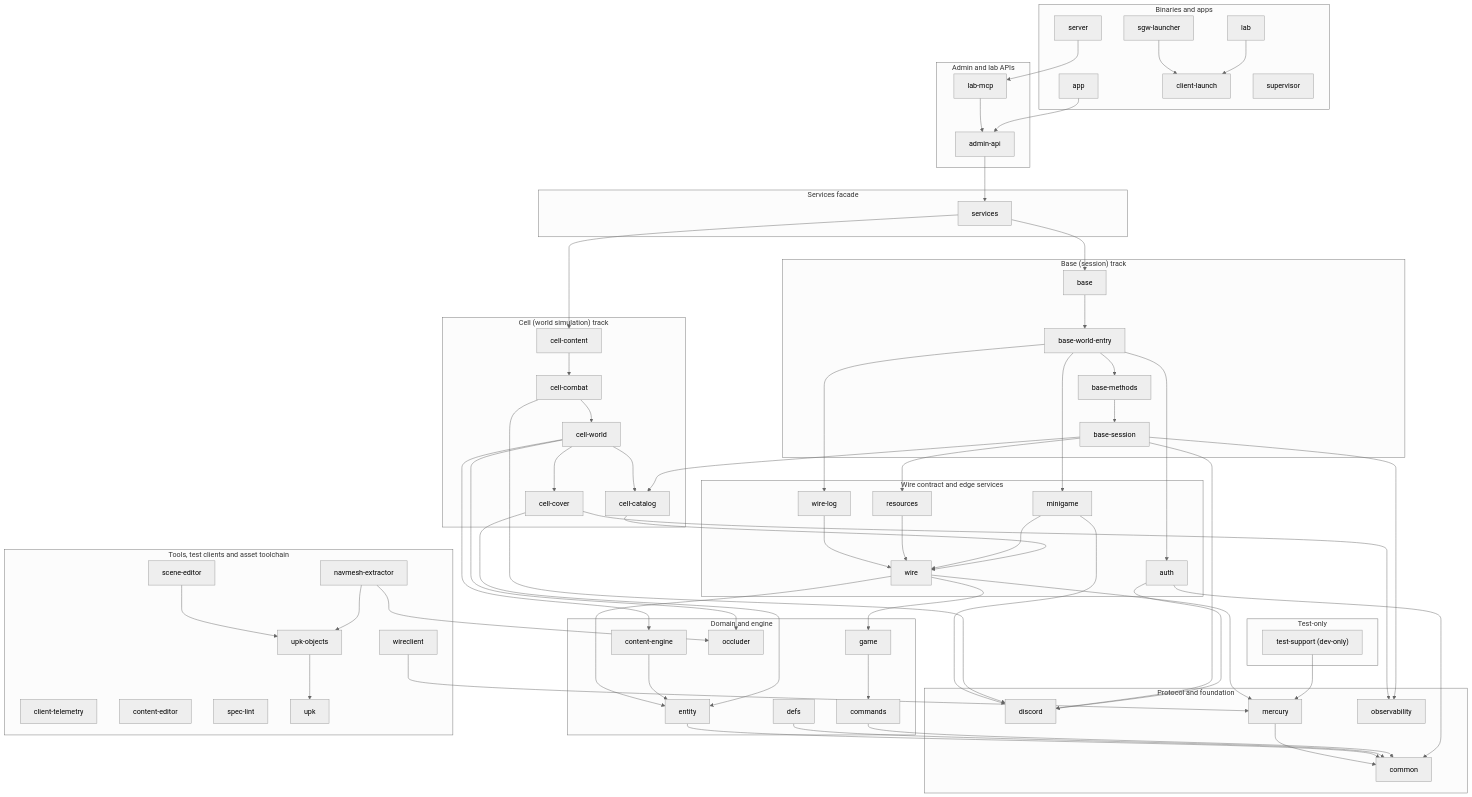
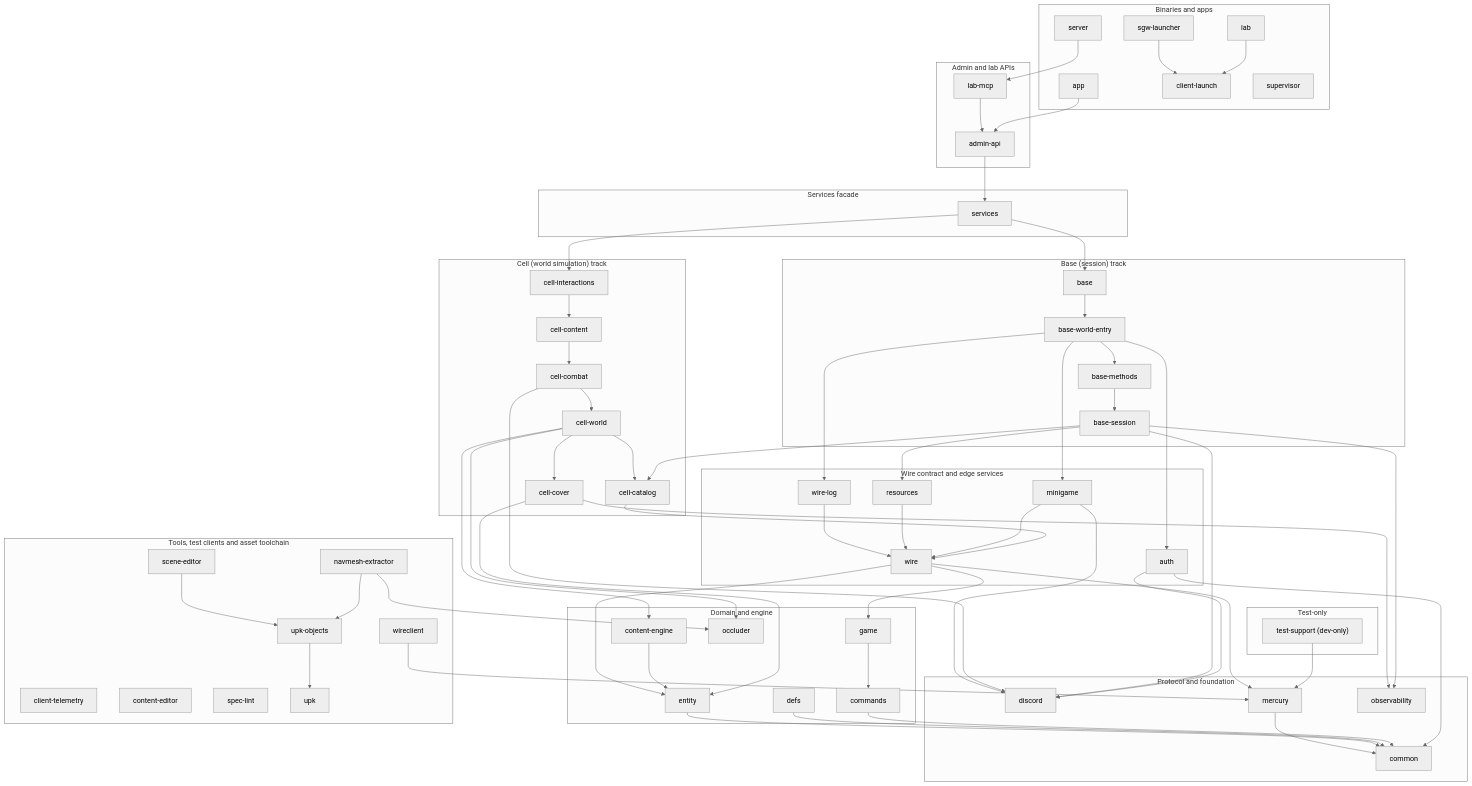
The diagram in README.md (SandboxServers/Cimmeria), drawn with Mermaid before and after one commit. The commit also changed other lines of this file and 57 other files, not shown here.

```diff
--- a/README.md
+++ b/README.md
@@ -118,6 +118,7 @@
         cellCombat["cell-combat"]
         cellContent["cell-content"]
         cellCover["cell-cover"]
+        cellInteractions["cell-interactions"]
         cellWorld["cell-world"]
     end
     subgraph grp_base["Base (session) track"]
@@ -180,6 +181,7 @@
     cellContent --> cellCombat
     cellCover --> entity
     cellCover --> observability
+    cellInteractions --> cellContent
     cellWorld --> cellCatalog
     cellWorld --> cellCover
     cellWorld --> contentEngine
@@ -200,7 +202,7 @@
     sceneEditor --> upkObjects
     server --> labMcp
     services --> base
-    services --> cellContent
+    services --> cellInteractions
     testSupport --> mercury
     upkObjects --> upk
     wire --> entity
```
